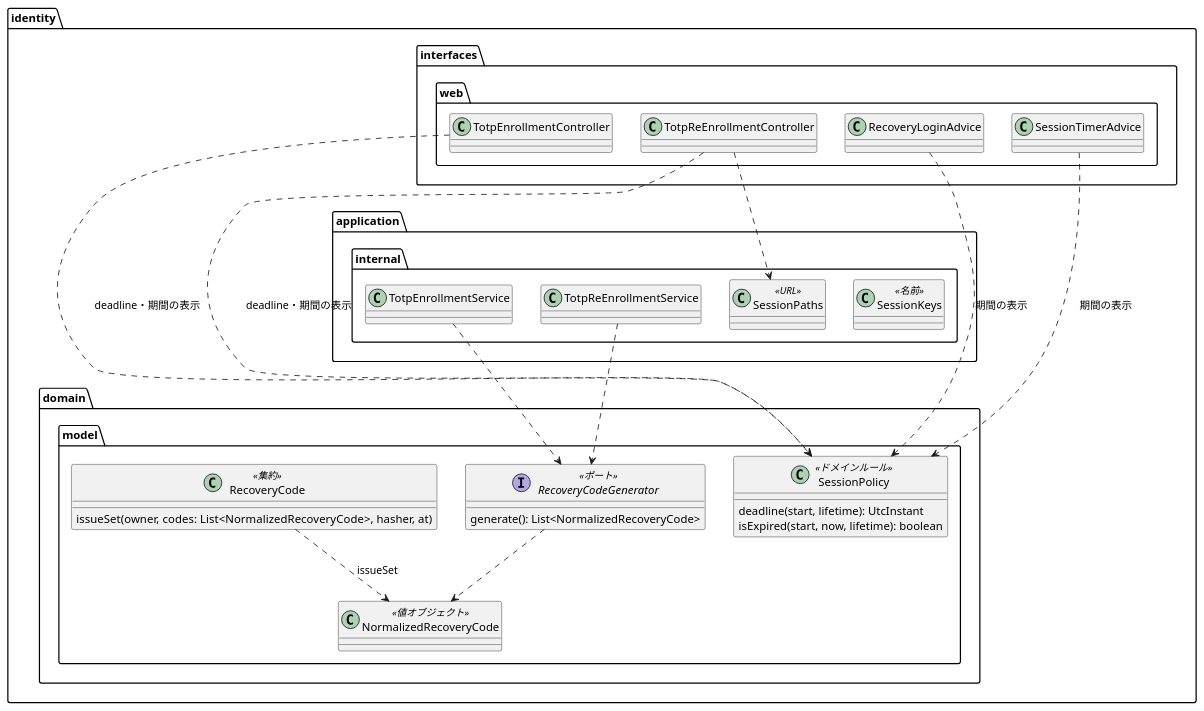
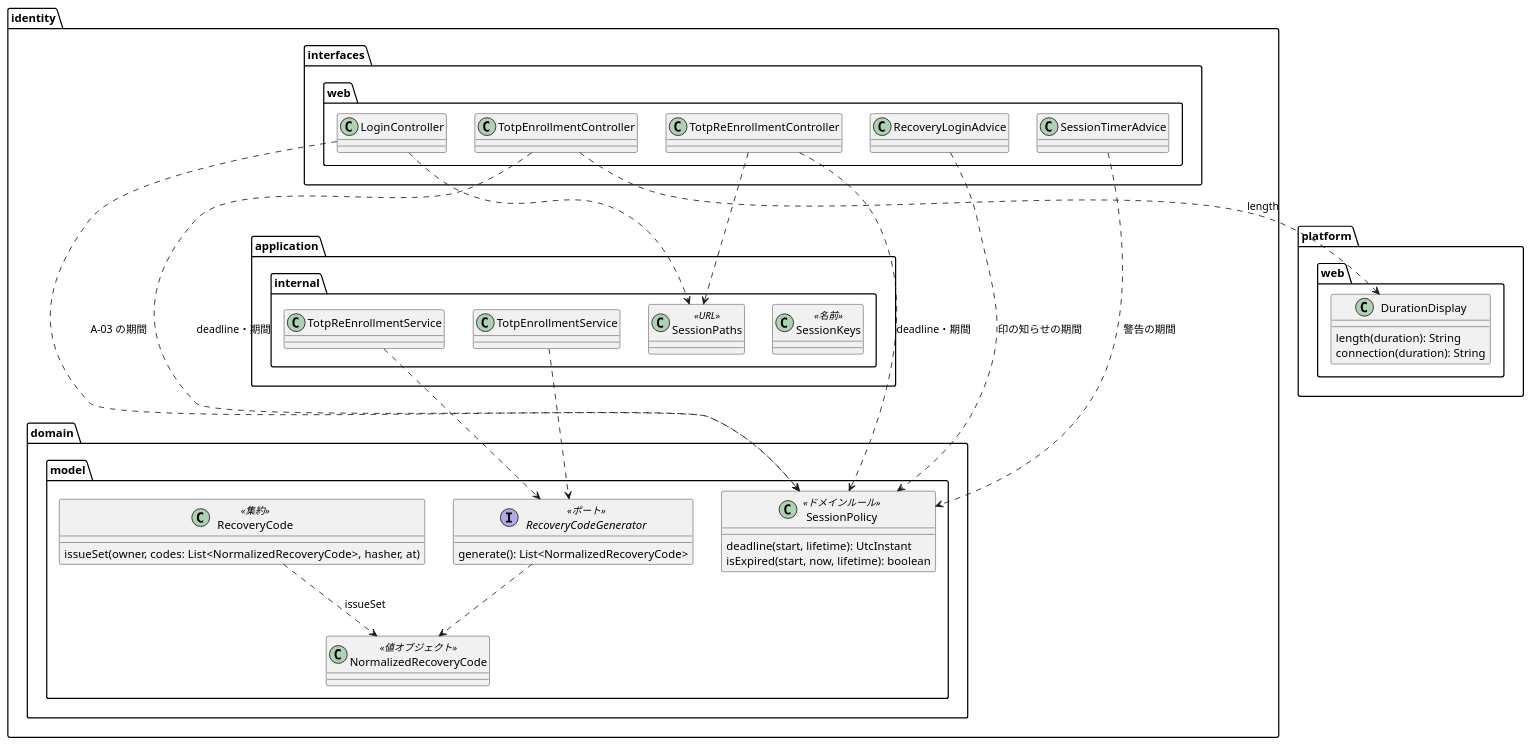
One commit to k2works/practical-domain-driven-design-in-enterpris-application changed the diagram in docs/development/cargo-tracker/bolt_33f_plan.md. Above: the diagram before and after it, drawn with PlantUML. The commit also changed other lines of this file and 4 other files, not shown here.

````diff
--- a/docs/development/cargo-tracker/bolt_33f_plan.md
+++ b/docs/development/cargo-tracker/bolt_33f_plan.md
@@ -59,40 +63,50 @@
 ```plantuml
 @startuml
 package "identity" {
   package "domain.model" {
     class SessionPolicy <<ドメインルール>> {
       deadline(start, lifetime): UtcInstant
       isExpired(start, now, lifetime): boolean
     }
     interface RecoveryCodeGenerator <<ポート>> {
       generate(): List<NormalizedRecoveryCode>
     }
     class RecoveryCode <<集約>> {
       issueSet(owner, codes: List<NormalizedRecoveryCode>, hasher, at)
     }
     class NormalizedRecoveryCode <<値オブジェクト>>
   }
   package "application.internal" {
     class SessionKeys <<名前>>
     class SessionPaths <<URL>>
     class TotpEnrollmentService
     class TotpReEnrollmentService
   }
   package "interfaces.web" {
+    class LoginController
     class TotpEnrollmentController
     class TotpReEnrollmentController
     class RecoveryLoginAdvice
     class SessionTimerAdvice
   }
-  RecoveryCodeGenerator ..> NormalizedRecoveryCode
-  RecoveryCode ..> NormalizedRecoveryCode : issueSet
-  TotpEnrollmentService ..> RecoveryCodeGenerator
-  TotpReEnrollmentService ..> RecoveryCodeGenerator
-  TotpEnrollmentController ..> SessionPolicy : deadline・期間の表示
-  TotpReEnrollmentController ..> SessionPolicy : deadline・期間の表示
-  RecoveryLoginAdvice ..> SessionPolicy : 期間の表示
-  SessionTimerAdvice ..> SessionPolicy : 期間の表示
-  TotpReEnrollmentController ..> SessionPaths
 }
+package "platform.web" {
+  class DurationDisplay {
+    length(duration): String
+    connection(duration): String
+  }
+}
+RecoveryCodeGenerator ..> NormalizedRecoveryCode
+RecoveryCode ..> NormalizedRecoveryCode : issueSet
+TotpEnrollmentService ..> RecoveryCodeGenerator
+TotpReEnrollmentService ..> RecoveryCodeGenerator
+TotpEnrollmentController ..> SessionPolicy : deadline・期間
+TotpReEnrollmentController ..> SessionPolicy : deadline・期間
+LoginController ..> SessionPolicy : A-03 の期間
+RecoveryLoginAdvice ..> SessionPolicy : 印の知らせの期間
+SessionTimerAdvice ..> SessionPolicy : 警告の期間
+TotpEnrollmentController ..> DurationDisplay : length
+TotpReEnrollmentController ..> SessionPaths
+LoginController ..> SessionPaths
 @enduml
 ```
````
